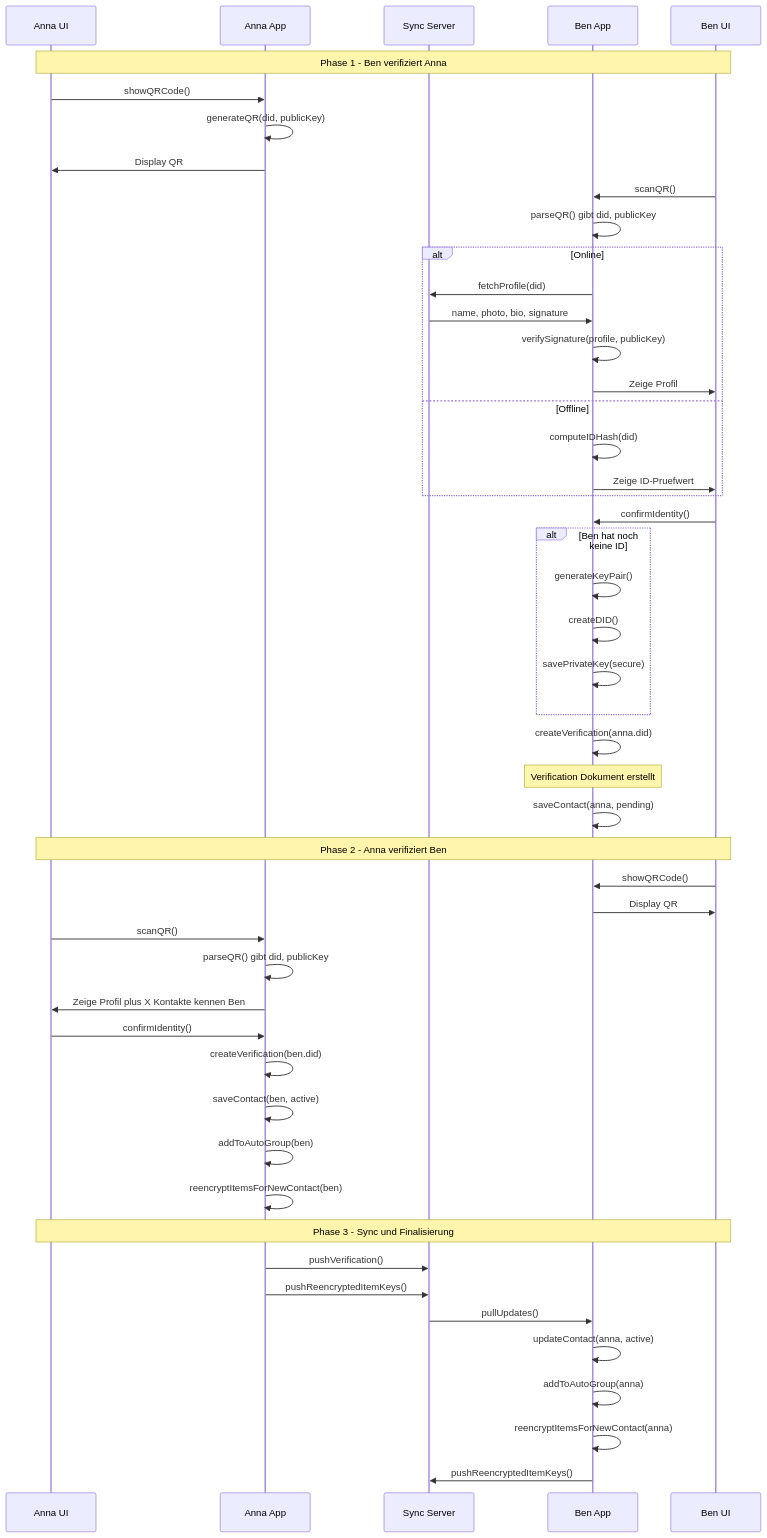
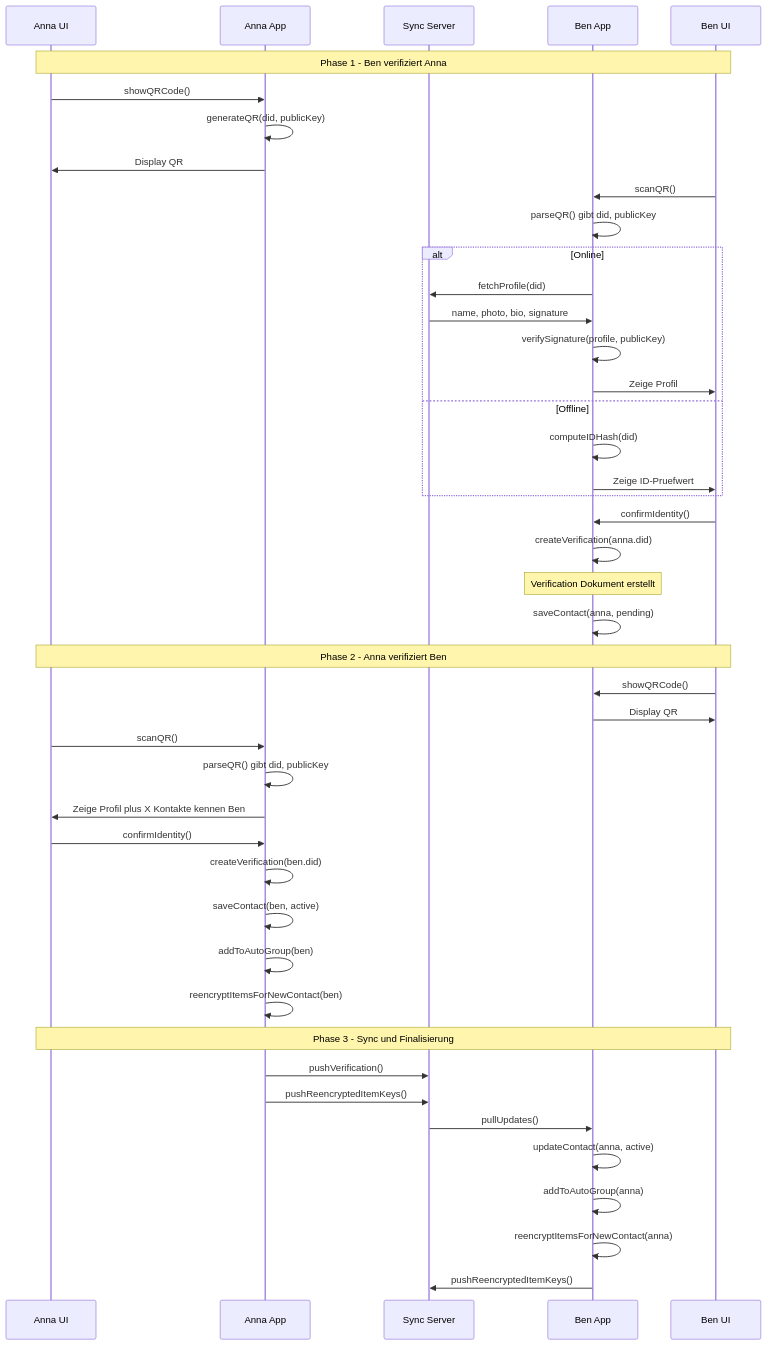
The third of 7 diagrams in 02-verifizierung-technisch-flow.md (antontranelis/web-of-trust-concept), drawn with Mermaid before and after one commit. The commit also changed other lines of this file and 1 other file, not shown here.

````diff
--- a/02-verifizierung-technisch-flow.md
+++ b/02-verifizierung-technisch-flow.md
@@ -73,64 +73,58 @@
 ```mermaid
 sequenceDiagram
     participant A_UI as Anna UI
     participant A_App as Anna App
     participant Sync as Sync Server
     participant B_App as Ben App
     participant B_UI as Ben UI
 
     Note over A_UI,B_UI: Phase 1 - Ben verifiziert Anna
 
     A_UI->>A_App: showQRCode()
     A_App->>A_App: generateQR(did, publicKey)
     A_App->>A_UI: Display QR
     
     B_UI->>B_App: scanQR()
     B_App->>B_App: parseQR() gibt did, publicKey
     
     alt Online
         B_App->>Sync: fetchProfile(did)
         Sync->>B_App: name, photo, bio, signature
         B_App->>B_App: verifySignature(profile, publicKey)
         B_App->>B_UI: Zeige Profil
     else Offline
         B_App->>B_App: computeIDHash(did)
         B_App->>B_UI: Zeige ID-Pruefwert
     end
     
     B_UI->>B_App: confirmIdentity()
-    
-    alt Ben hat noch keine ID
-        B_App->>B_App: generateKeyPair()
-        B_App->>B_App: createDID()
-        B_App->>B_App: savePrivateKey(secure)
-    end
     
     B_App->>B_App: createVerification(anna.did)
     Note over B_App: Verification Dokument erstellt
     B_App->>B_App: saveContact(anna, pending)
     
     Note over A_UI,B_UI: Phase 2 - Anna verifiziert Ben
 
     B_UI->>B_App: showQRCode()
     B_App->>B_UI: Display QR
     
     A_UI->>A_App: scanQR()
     A_App->>A_App: parseQR() gibt did, publicKey
     A_App->>A_UI: Zeige Profil plus X Kontakte kennen Ben
     
     A_UI->>A_App: confirmIdentity()
     A_App->>A_App: createVerification(ben.did)
     A_App->>A_App: saveContact(ben, active)
     A_App->>A_App: addToAutoGroup(ben)
     A_App->>A_App: reencryptItemsForNewContact(ben)
     
     Note over A_UI,B_UI: Phase 3 - Sync und Finalisierung
 
     A_App->>Sync: pushVerification()
     A_App->>Sync: pushReencryptedItemKeys()
     Sync->>B_App: pullUpdates()
     B_App->>B_App: updateContact(anna, active)
     B_App->>B_App: addToAutoGroup(anna)
     B_App->>B_App: reencryptItemsForNewContact(anna)
     B_App->>Sync: pushReencryptedItemKeys()
 ```
````
